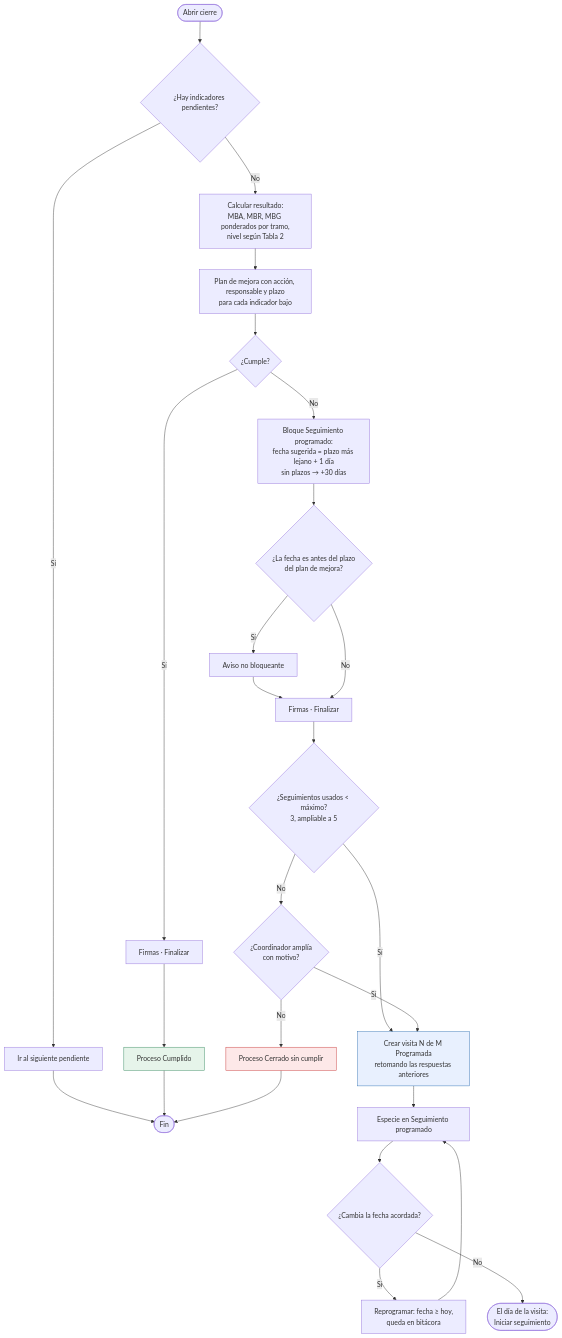
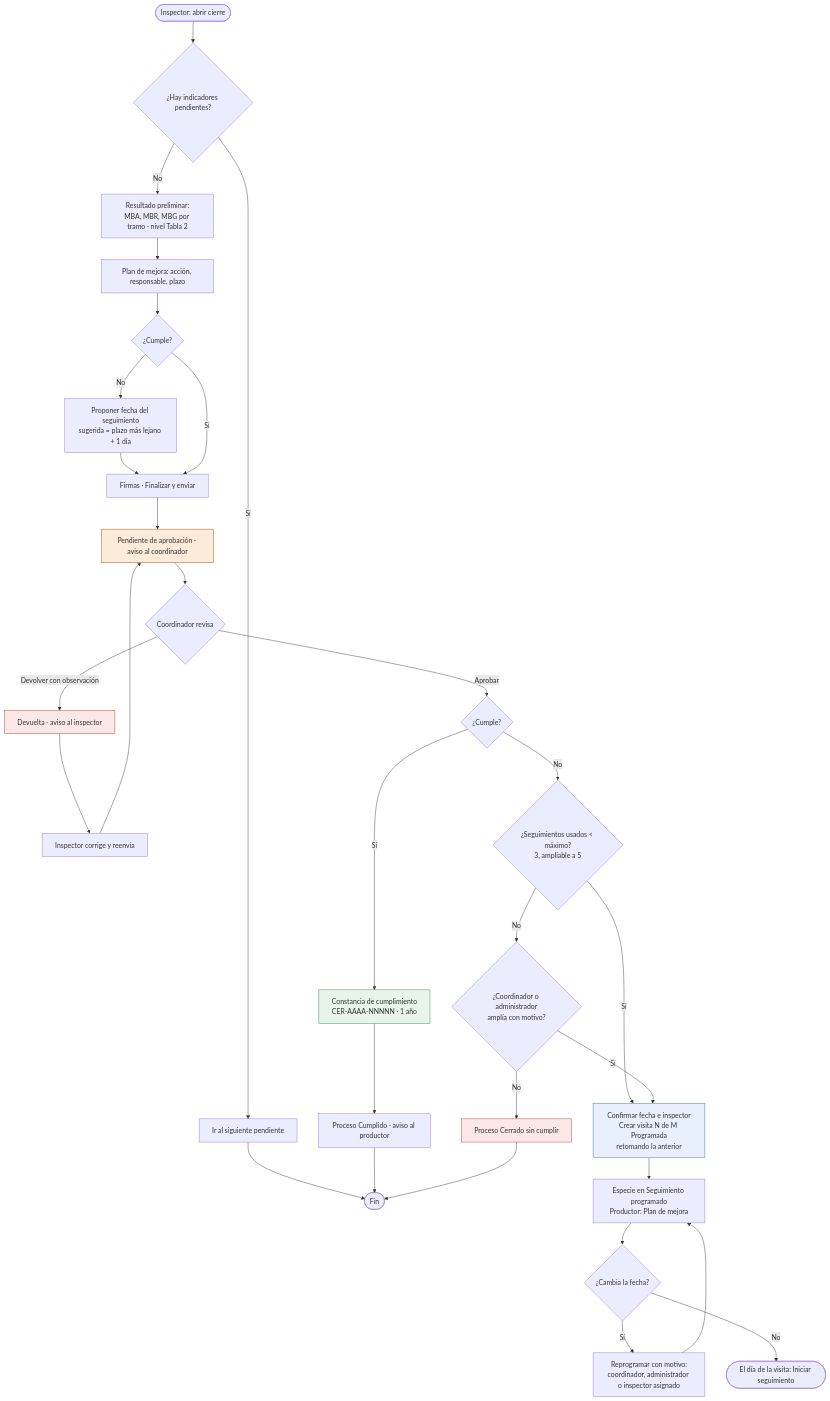
Before and after one commit to luisalejandroavilacastillo-stack/EBA_Cuac_Cuac: the diagram in codigo/docs/uml/fuentes/act_05_cierre_seguimiento.mmd, drawn with Mermaid. The commit also changed 388 other files, not shown here.

```diff
--- a/codigo/docs/uml/fuentes/act_05_cierre_seguimiento.mmd
+++ b/codigo/docs/uml/fuentes/act_05_cierre_seguimiento.mmd
@@ -1,25 +1,28 @@
-%% Cierre de la visita y seguimiento automático (CU-15, CU-17, CU-18, CU-19)
+%% Finalizar, aprobar y programar el seguimiento · v0.25 (CU-15, CU-17, CU-18, CU-19, CU-28)
 flowchart TD
-  A([Abrir cierre]) --> B{¿Hay indicadores pendientes?}
+  A([Inspector: abrir cierre]) --> B{¿Hay indicadores pendientes?}
   B -- Sí --> X[Ir al siguiente pendiente] --> FIN([Fin])
-  B -- No --> C[Calcular resultado:<br/>MBA, MBR, MBG ponderados por tramo,<br/>nivel según Tabla 2]
-  C --> D[Plan de mejora con acción, responsable y plazo<br/>para cada indicador bajo]
+  B -- No --> C[Resultado preliminar:<br/>MBA, MBR, MBG por tramo · nivel Tabla 2]
+  C --> D[Plan de mejora: acción, responsable, plazo]
   D --> E{¿Cumple?}
-  E -- Sí --> F[Firmas · Finalizar]
-  F --> G[Proceso Cumplido]:::ok --> FIN
-  E -- No --> H["Bloque Seguimiento programado:<br/>fecha sugerida = plazo más lejano + 1 día<br/>sin plazos → +30 días"]
-  H --> I{¿La fecha es antes del plazo<br/>del plan de mejora?}
-  I -- Sí --> J[Aviso no bloqueante] --> K
-  I -- No --> K[Firmas · Finalizar]
-  K --> L{¿Seguimientos usados &lt; máximo?<br/>3, ampliable a 5}
-  L -- Sí --> M[Crear visita N de M Programada<br/>retomando las respuestas anteriores]:::seg
-  M --> N[Especie en Seguimiento programado]
-  N --> O{¿Cambia la fecha acordada?}
-  O -- Sí --> P[Reprogramar: fecha ≥ hoy,<br/>queda en bitácora] --> N
-  O -- No --> Q([El día de la visita:<br/>Iniciar seguimiento])
-  L -- No --> R{¿Coordinador amplía<br/>con motivo?}
-  R -- Sí --> M
-  R -- No --> S[Proceso Cerrado sin cumplir]:::err --> FIN
+  E -- No --> H["Proponer fecha del seguimiento<br/>sugerida = plazo más lejano + 1 día"]
+  H --> K
+  E -- Sí --> K[Firmas · Finalizar y enviar]
+  K --> P[Pendiente de aprobación · aviso al coordinador]:::rev
+  P --> R{Coordinador revisa}
+  R -- Devolver con observación --> DV[Devuelta · aviso al inspector]:::err --> COR[Inspector corrige y reenvía] --> P
+  R -- Aprobar --> AP{¿Cumple?}
+  AP -- Sí --> CER[Constancia de cumplimiento<br/>CER-AAAA-NNNNN · 1 año]:::ok --> G[Proceso Cumplido · aviso al productor] --> FIN
+  AP -- No --> L{¿Seguimientos usados &lt; máximo?<br/>3, ampliable a 5}
+  L -- Sí --> M[Confirmar fecha e inspector<br/>Crear visita N de M Programada<br/>retomando la anterior]:::seg
+  M --> N[Especie en Seguimiento programado<br/>Productor: Plan de mejora]
+  N --> O{¿Cambia la fecha?}
+  O -- Sí --> Q[Reprogramar con motivo:<br/>coordinador, administrador o inspector asignado] --> N
+  O -- No --> S([El día de la visita: Iniciar seguimiento])
+  L -- No --> AM{¿Coordinador o administrador<br/>amplía con motivo?}
+  AM -- Sí --> M
+  AM -- No --> Z[Proceso Cerrado sin cumplir]:::err --> FIN
   classDef ok fill:#e6f4ea,stroke:#2f855a
   classDef err fill:#fde8e8,stroke:#c53030
   classDef seg fill:#e8f0fe,stroke:#2b6cb0
+  classDef rev fill:#fcebd9,stroke:#8a4b08
```
